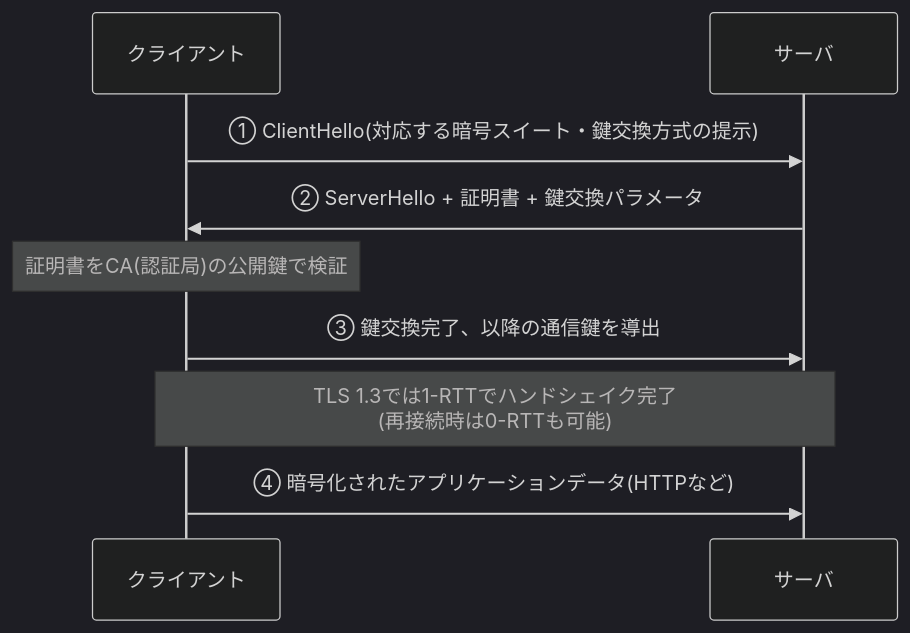
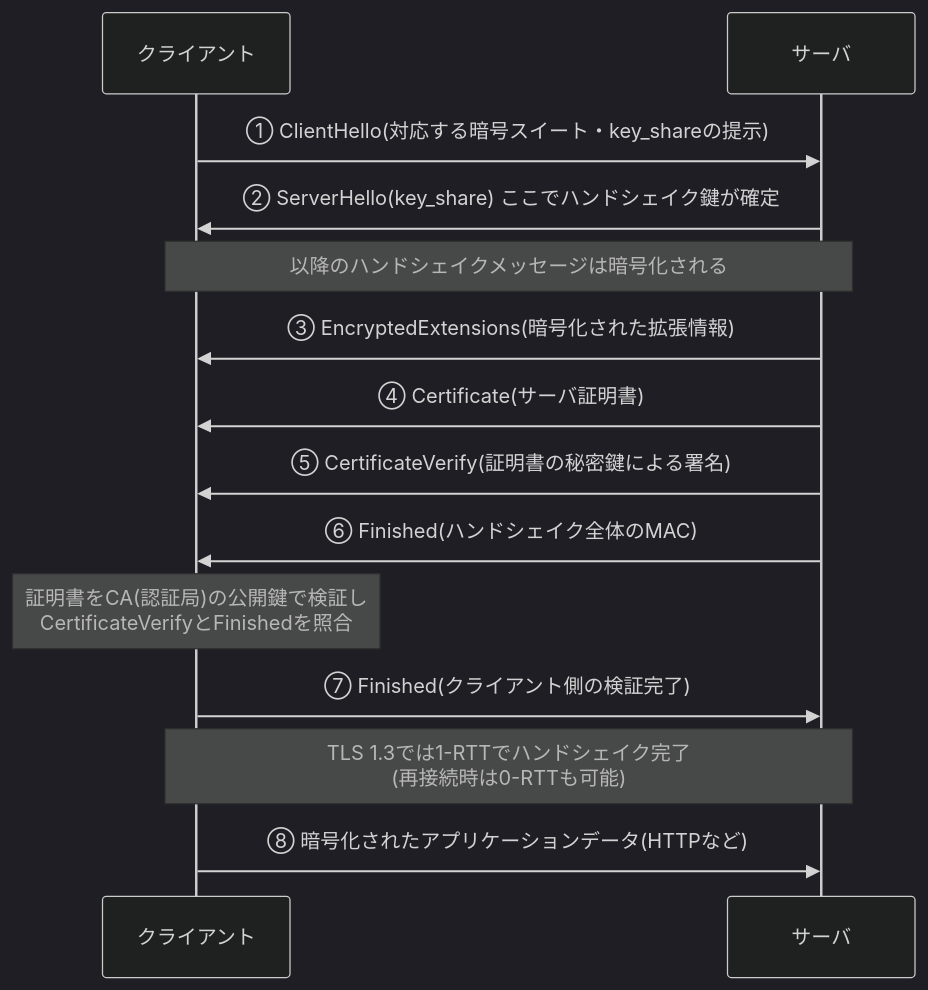
Diagram 36 of 41 in Computer-networking-topdown-guide.md (myoshi2891/Cloud-Infrastructure-Studies), drawn with Mermaid (dark theme) before and after one commit.

Commit message:
docs(networking): detail TLS 1.3 1-RTT handshake messages in top-down guide

````diff
--- a/Computer-networking-topdown-guide.md
+++ b/Computer-networking-topdown-guide.md
@@ -955,12 +955,17 @@
 ```mermaid
 sequenceDiagram
     participant C as クライアント
     participant S as サーバ
 
-    C->>S: ① ClientHello(対応する暗号スイート・鍵交換方式の提示)
-    S->>C: ② ServerHello + 証明書 + 鍵交換パラメータ
-    Note over C: 証明書をCA(認証局)の公開鍵で検証
-    C->>S: ③ 鍵交換完了、以降の通信鍵を導出
+    C->>S: ① ClientHello(対応する暗号スイート・key_shareの提示)
+    S->>C: ② ServerHello(key_share) ここでハンドシェイク鍵が確定
+    Note over C,S: 以降のハンドシェイクメッセージは暗号化される
+    S->>C: ③ EncryptedExtensions(暗号化された拡張情報)
+    S->>C: ④ Certificate(サーバ証明書)
+    S->>C: ⑤ CertificateVerify(証明書の秘密鍵による署名)
+    S->>C: ⑥ Finished(ハンドシェイク全体のMAC)
+    Note over C: 証明書をCA(認証局)の公開鍵で検証し<br/>CertificateVerifyとFinishedを照合
+    C->>S: ⑦ Finished(クライアント側の検証完了)
     Note over C,S: TLS 1.3では1-RTTでハンドシェイク完了<br/>(再接続時は0-RTTも可能)
-    C->>S: ④ 暗号化されたアプリケーションデータ(HTTPなど)
+    C->>S: ⑧ 暗号化されたアプリケーションデータ(HTTPなど)
 ```
````
